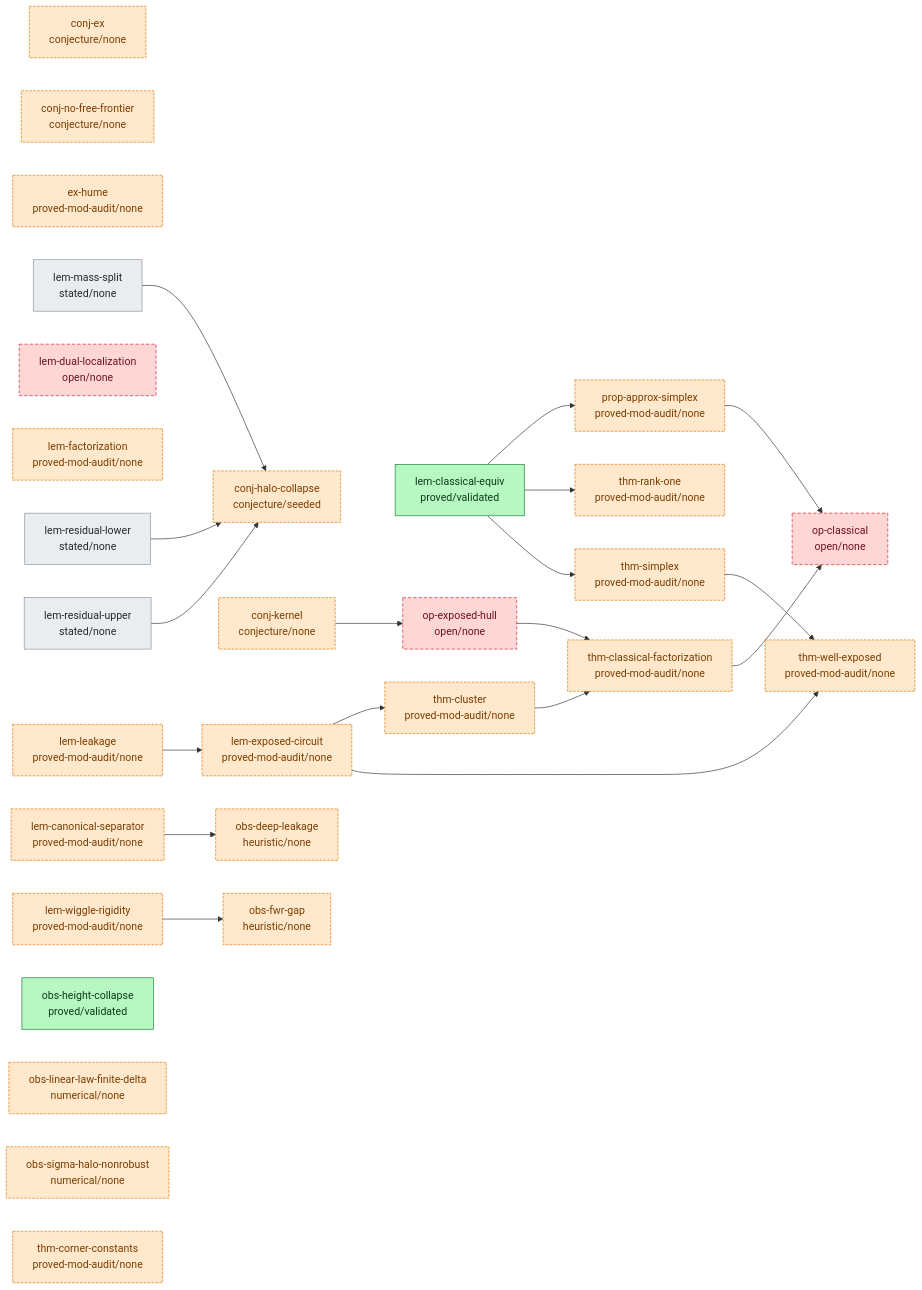
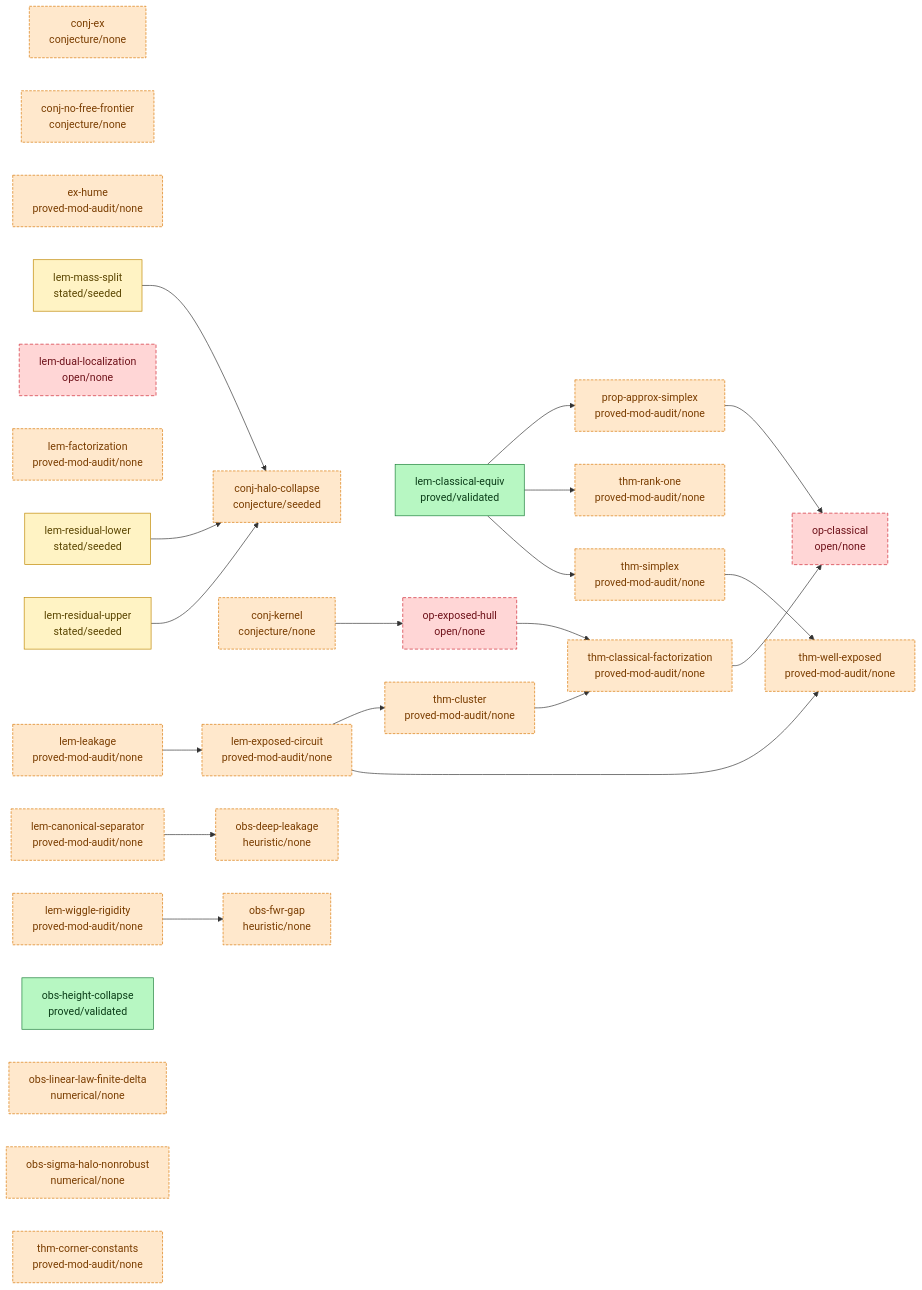
One commit to tobiasosborne/almost-idempotent-stochastic-maps changed the diagram in argument/DAG.md. Above: the diagram before and after it, drawn with Mermaid. The commit also changed 16 other files, not shown here.

First line of the commit message:
Seed af workspaces for the three halo-collapse sub-lemmas (af: none -> seeded)

````diff
--- a/argument/DAG.md
+++ b/argument/DAG.md
@@ -6,60 +6,60 @@
 ```mermaid
 graph LR
   classDef validated fill:#b7f7c2,stroke:#1a7f37,color:#0b3d18;
   classDef proved fill:#cfe3ff,stroke:#0969da,color:#0a3069;
   classDef seeded fill:#fff3c4,stroke:#bf8700,color:#5a4500;
   classDef stated fill:#eaecef,stroke:#8b949e,color:#24292f;
   classDef cited fill:#e7d6ff,stroke:#8250df,color:#3b1a73;
   classDef nonrigorous fill:#ffe8cc,stroke:#d97706,color:#7a3d00,stroke-dasharray:4 2;
   classDef open fill:#ffd6d6,stroke:#cf222e,color:#6e1119,stroke-dasharray:5 3;
   conj-ex["conj-ex<br/>conjecture/none"]
   conj-halo-collapse["conj-halo-collapse<br/>conjecture/seeded"]
   conj-kernel["conj-kernel<br/>conjecture/none"]
   conj-no-free-frontier["conj-no-free-frontier<br/>conjecture/none"]
   ex-hume["ex-hume<br/>proved-mod-audit/none"]
   lem-canonical-separator["lem-canonical-separator<br/>proved-mod-audit/none"]
   lem-classical-equiv["lem-classical-equiv<br/>proved/validated"]
   lem-dual-localization["lem-dual-localization<br/>open/none"]
   lem-exposed-circuit["lem-exposed-circuit<br/>proved-mod-audit/none"]
   lem-factorization["lem-factorization<br/>proved-mod-audit/none"]
   lem-leakage["lem-leakage<br/>proved-mod-audit/none"]
-  lem-mass-split["lem-mass-split<br/>stated/none"]
-  lem-residual-lower["lem-residual-lower<br/>stated/none"]
-  lem-residual-upper["lem-residual-upper<br/>stated/none"]
+  lem-mass-split["lem-mass-split<br/>stated/seeded"]
+  lem-residual-lower["lem-residual-lower<br/>stated/seeded"]
+  lem-residual-upper["lem-residual-upper<br/>stated/seeded"]
   lem-wiggle-rigidity["lem-wiggle-rigidity<br/>proved-mod-audit/none"]
   obs-deep-leakage["obs-deep-leakage<br/>heuristic/none"]
   obs-fwr-gap["obs-fwr-gap<br/>heuristic/none"]
   obs-height-collapse["obs-height-collapse<br/>proved/validated"]
   obs-linear-law-finite-delta["obs-linear-law-finite-delta<br/>numerical/none"]
   obs-sigma-halo-nonrobust["obs-sigma-halo-nonrobust<br/>numerical/none"]
   op-classical["op-classical<br/>open/none"]
   op-exposed-hull["op-exposed-hull<br/>open/none"]
   prop-approx-simplex["prop-approx-simplex<br/>proved-mod-audit/none"]
   thm-classical-factorization["thm-classical-factorization<br/>proved-mod-audit/none"]
   thm-cluster["thm-cluster<br/>proved-mod-audit/none"]
   thm-corner-constants["thm-corner-constants<br/>proved-mod-audit/none"]
   thm-rank-one["thm-rank-one<br/>proved-mod-audit/none"]
   thm-simplex["thm-simplex<br/>proved-mod-audit/none"]
   thm-well-exposed["thm-well-exposed<br/>proved-mod-audit/none"]
   conj-kernel --> op-exposed-hull
   lem-canonical-separator --> obs-deep-leakage
   lem-classical-equiv --> prop-approx-simplex
   lem-classical-equiv --> thm-rank-one
   lem-classical-equiv --> thm-simplex
   lem-exposed-circuit --> thm-cluster
   lem-exposed-circuit --> thm-well-exposed
   lem-leakage --> lem-exposed-circuit
   lem-mass-split --> conj-halo-collapse
   lem-residual-lower --> conj-halo-collapse
   lem-residual-upper --> conj-halo-collapse
   lem-wiggle-rigidity --> obs-fwr-gap
   op-exposed-hull --> thm-classical-factorization
   prop-approx-simplex --> op-classical
   thm-classical-factorization --> op-classical
   thm-cluster --> thm-classical-factorization
   thm-simplex --> thm-well-exposed
   class lem-classical-equiv,obs-height-collapse validated;
-  class lem-mass-split,lem-residual-lower,lem-residual-upper stated;
+  class lem-mass-split,lem-residual-lower,lem-residual-upper seeded;
   class conj-ex,conj-halo-collapse,conj-kernel,conj-no-free-frontier,ex-hume,lem-canonical-separator,lem-exposed-circuit,lem-factorization,lem-leakage,lem-wiggle-rigidity,obs-deep-leakage,obs-fwr-gap,obs-linear-law-finite-delta,obs-sigma-halo-nonrobust,prop-approx-simplex,thm-classical-factorization,thm-cluster,thm-corner-constants,thm-rank-one,thm-simplex,thm-well-exposed nonrigorous;
   class lem-dual-localization,op-classical,op-exposed-hull open;
 ```
````
